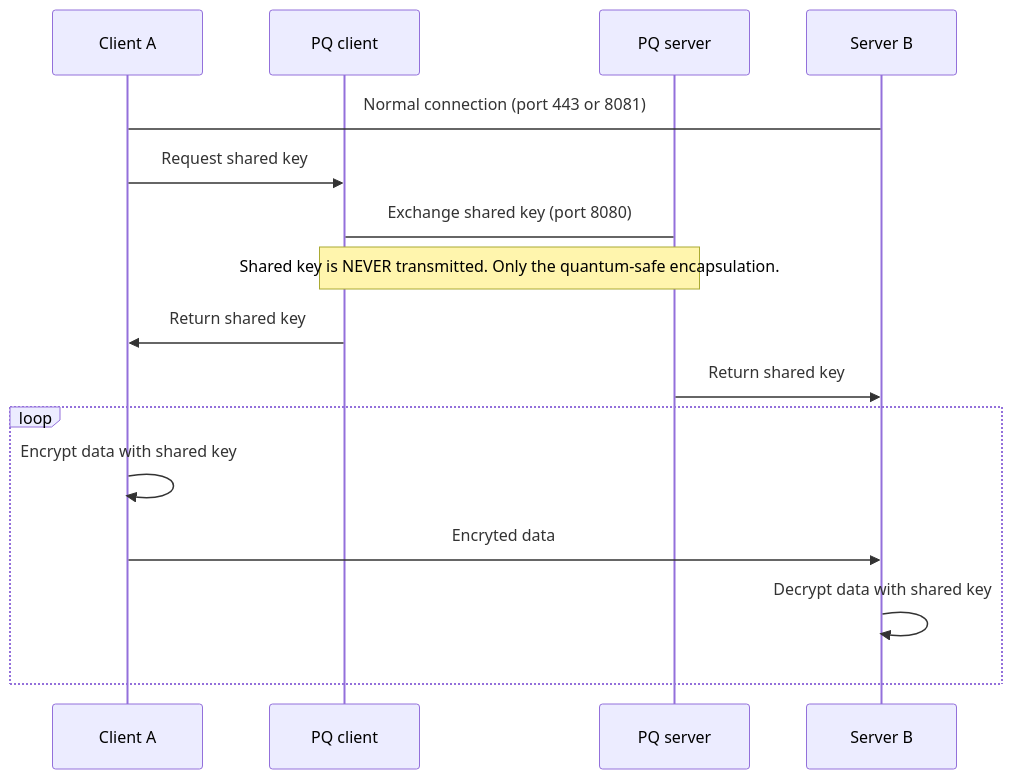
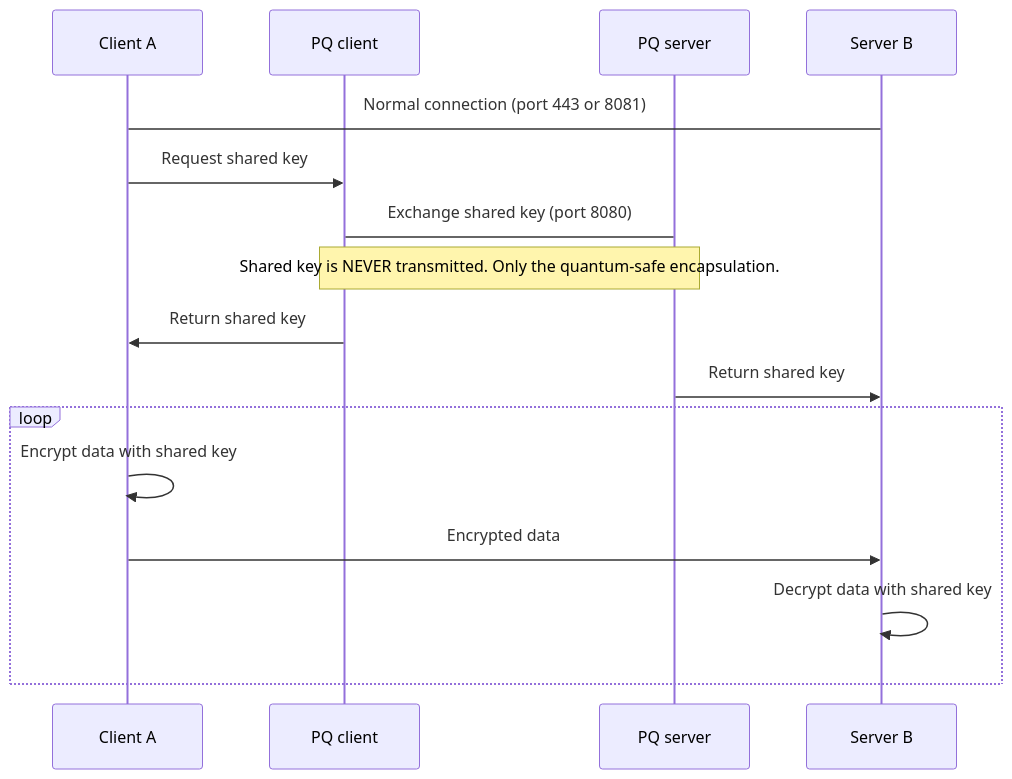
Before and after one commit to ax1/electrocomms: the second of 2 diagrams in README.md, drawn with Mermaid. The commit also changed other lines of this file, not shown here.

````diff
--- a/README.md
+++ b/README.md
@@ -41,18 +41,18 @@
 ```mermaid
 sequenceDiagram
     Participant Client A
     Participant PQ client
     Participant PQ server
     Participant Server B
     Client A-> Server B: Normal connection (port 443 or 8081)
     Client A->>PQ client: Request shared key
     PQ client->PQ server: Exchange shared key (port 8080)
     Note over PQ client, PQ server: Shared key is NEVER transmitted. Only the quantum-safe encapsulation.
     PQ client->>Client A: Return shared key
     PQ server->>Server B: Return shared key
     loop
     Client A->>Client A: Encrypt data with shared key
-    Client A->> Server B: Encryted data
+    Client A->> Server B: Encrypted data
     Server B->>Server B: Decrypt data with shared key
     end
 ```
````
